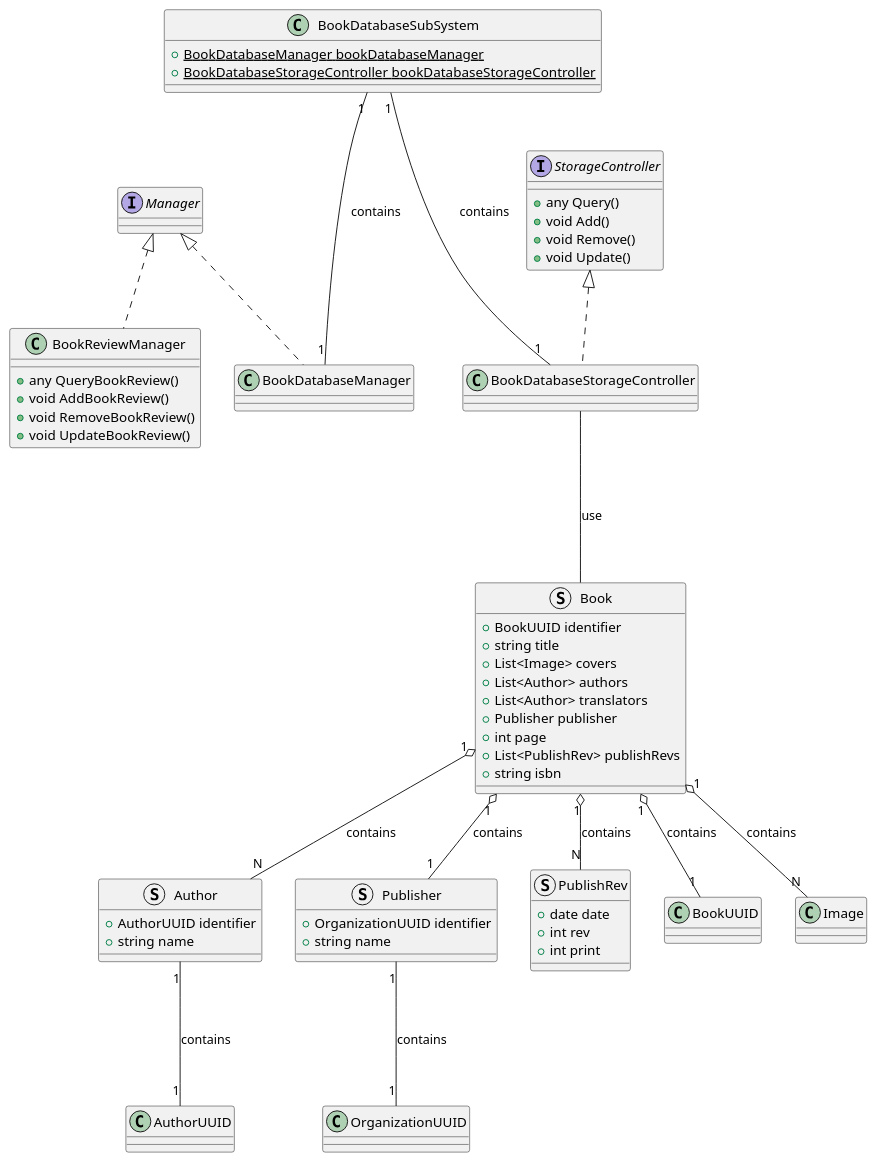
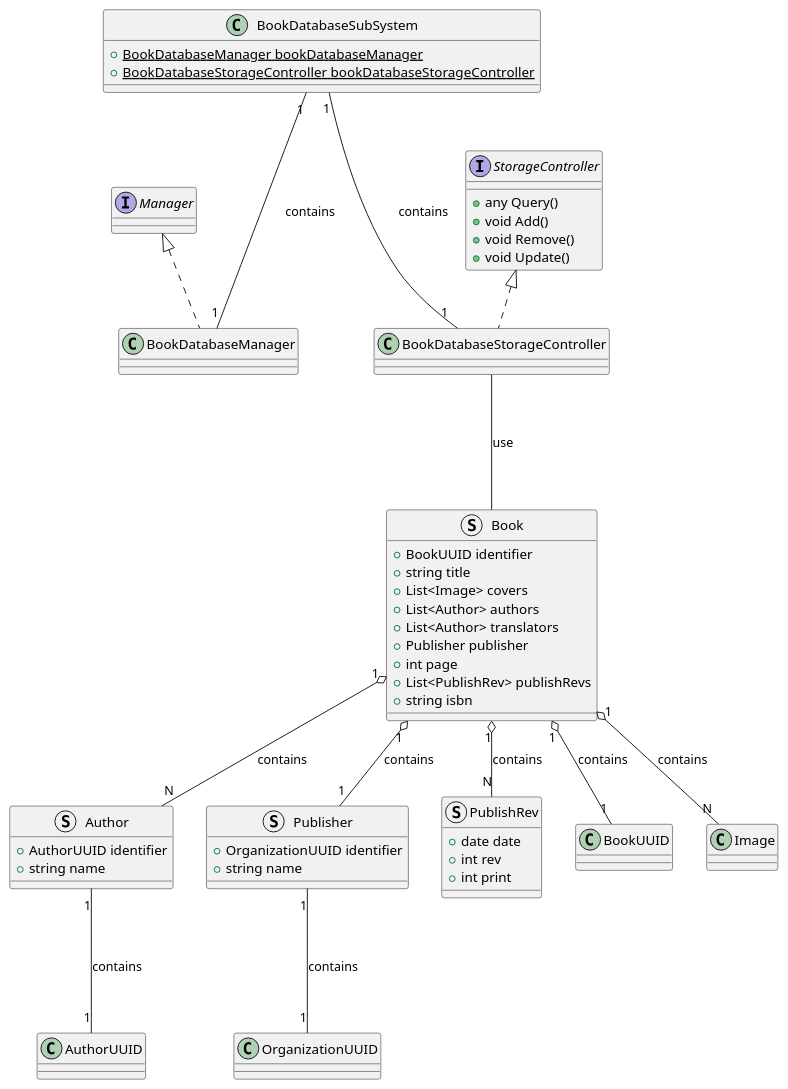
The diagram in src/BookDatabase.puml (ShapeLayer/se-lecture-task__project-structure-definitions), drawn with PlantUML before and after one commit. The commit also changed 3 other files, not shown here.

```diff
--- a/src/BookDatabase.puml
+++ b/src/BookDatabase.puml
@@ -1,67 +1,60 @@
 @startuml
 Interface Manager
 Interface StorageController {
     + any Query()
     + void Add()
     + void Remove()
     + void Update()
-}
-
-class BookReviewManager implements Manager {
-    + any QueryBookReview()
-    + void AddBookReview()
-    + void RemoveBookReview()
-    + void UpdateBookReview()
 }
 
 struct Author {
     + AuthorUUID identifier
     + string name
 }
 Author "1" --- "1" AuthorUUID : contains
 
 struct Publisher {
     + OrganizationUUID identifier
     + string name
 }
 Publisher "1" --- "1" OrganizationUUID : contains
 
 struct PublishRev {
     + date date
     + int rev
     + int print
 }
 
 struct Book {
     + BookUUID identifier
     + string title
     + List<Image> covers
     + List<Author> authors
     + List<Author> translators
     + Publisher publisher
     + int page
     + List<PublishRev> publishRevs
     + string isbn
 }
 Book "1" o-- "1" BookUUID : contains
 Book "1" o-- "N" Image : contains
 Book "1" o-- "N" Author : contains
 Book "1" o-- "1" Publisher : contains
 Book "1" o-- "N" PublishRev : contains
 
 ' BookDatabaseSubSystem
 
 class BookDatabaseManager implements Manager {}
 
 class BookDatabaseStorageController implements StorageController {}
 BookDatabaseStorageController --- Book : use
 
 class BookDatabaseSubSystem {
     + {static} BookDatabaseManager bookDatabaseManager
     + {static} BookDatabaseStorageController bookDatabaseStorageController
 }
 
 BookDatabaseSubSystem "1" --- "1" BookDatabaseManager : contains
 BookDatabaseSubSystem "1" --- "1" BookDatabaseStorageController : contains
 
 @enduml
```
